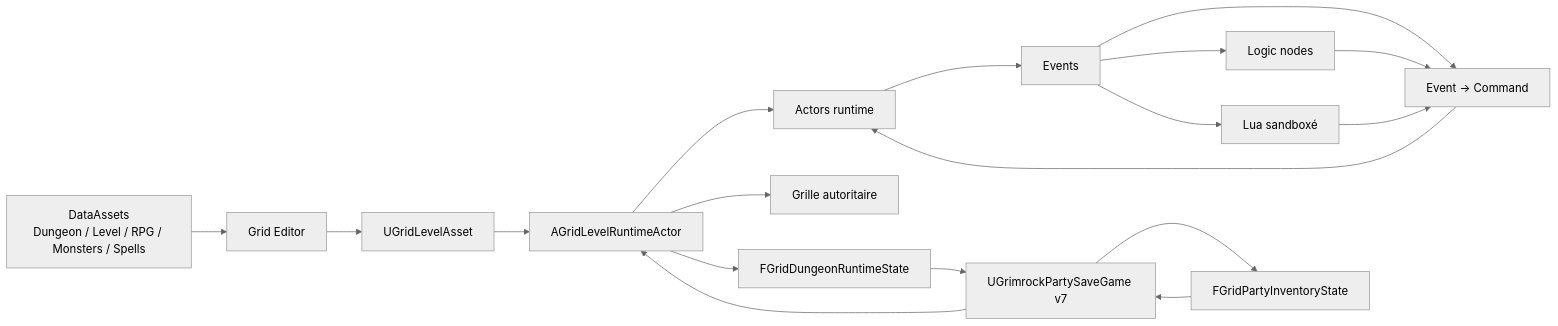
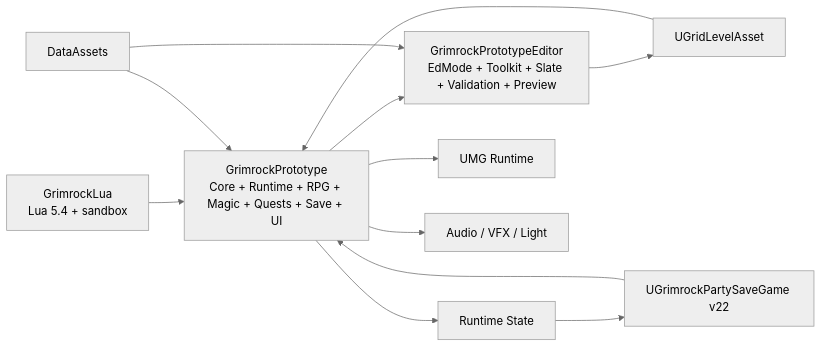
One commit to PhilippeMartin1964/GrimrockPrototype changed the first of 19 diagrams in docs/Architecture/Maps/GRIMROCK_PROJECT_MAP_MERMAID.md. Above: the diagram before and after it, drawn with Mermaid (neutral theme). The commit also changed other lines of this file and 2 other files, not shown here.

Commit message:
DOC-MAP01 refresh detailed project architecture maps

````diff
--- a/docs/Architecture/Maps/GRIMROCK_PROJECT_MAP_MERMAID.md
+++ b/docs/Architecture/Maps/GRIMROCK_PROJECT_MAP_MERMAID.md
@@ -76,20 +9,14 @@
 ```mermaid
 flowchart LR
-    DA[DataAssets\nDungeon / Level / RPG / Monsters / Spells] --> ED[Grid Editor]
-    ED --> LA[UGridLevelAsset]
-    LA --> RT[AGridLevelRuntimeActor]
-    RT --> ACT[Actors runtime]
-    RT --> GRID[Grille autoritaire]
-    ACT --> EVT[Events]
-    EVT --> CMD[Event -> Command]
-    EVT --> LOGIC[Logic nodes]
-    EVT --> LUA[Lua sandboxé]
-    LOGIC --> CMD
-    LUA --> CMD
-    CMD --> ACT
-    RT --> STATE[FGridDungeonRuntimeState]
-    PARTY[FGridPartyInventoryState] --> SAVE[UGrimrockPartySaveGame v7]
-    STATE --> SAVE
+    LUA[GrimrockLua\nLua 5.4 + sandbox] --> RT[GrimrockPrototype\nCore + Runtime + RPG + Magic + Quests + Save + UI]
+    RT --> ED[GrimrockPrototypeEditor\nEdMode + Toolkit + Slate + Validation + Preview]
+    DA[DataAssets] --> RT
+    DA --> ED
+    ED --> LVL[UGridLevelAsset]
+    LVL --> RT
+    RT --> STATE[Runtime State]
+    STATE --> SAVE[UGrimrockPartySaveGame v22]
     SAVE --> RT
-    SAVE --> PARTY
+    RT --> UI[UMG Runtime]
+    RT --> AUDIO[Audio / VFX / Light]
 ```
````
